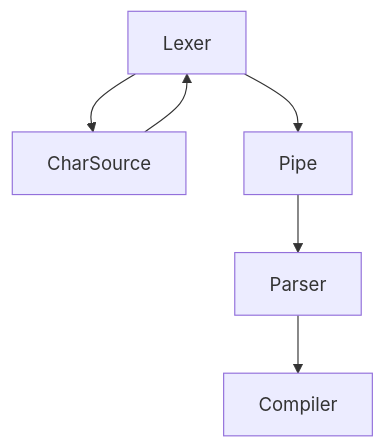
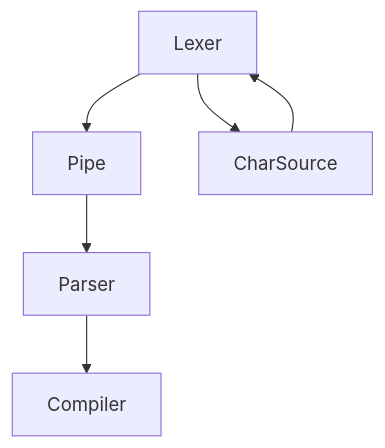
One commit to Ramzeeset/Expression-Parser changed the diagram in README.md. Above: the diagram before and after it, drawn with Mermaid. The commit also changed other lines of this file, not shown here.

````diff
--- a/README.md
+++ b/README.md
@@ -7,8 +7,8 @@
 ```mermaid
 graph TD;
+    Lexer-->Pipe;
     Lexer-->CharSource;
     CharSource-->Lexer;
-    Lexer-->Pipe;
     Pipe-->Parser;
     Parser-->Compiler;
 ```
````
